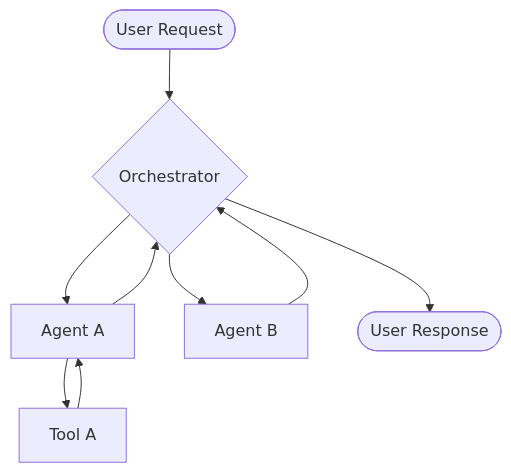
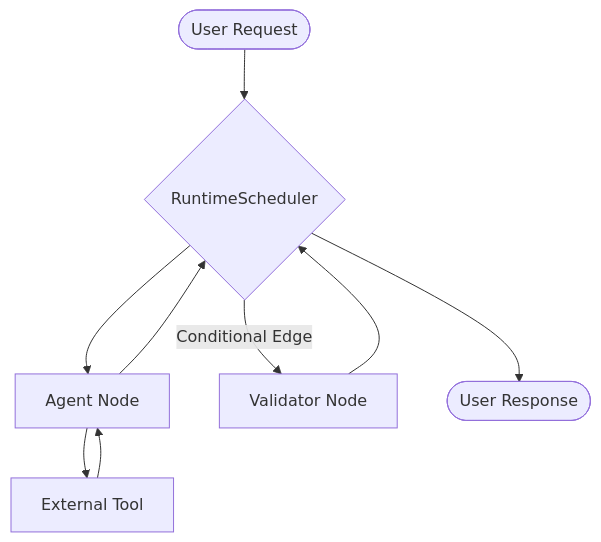
Before and after one commit to YaoChuDoSomething/Arkhon-Rheo: the diagram in docs/architecture.md, drawn with Mermaid. The commit also changed other lines of this file and 8 other files, not shown here.

Commit message:
feat(core): complete industrial-grade architectural refactor and Phase 4 release

````diff
--- a/docs/architecture.md
+++ b/docs/architecture.md
@@ -21,11 +25,11 @@
 ```mermaid
 graph TD
-    User([User Request]) --> Orchestrator{Orchestrator}
-    Orchestrator --> AgentA[Agent A]
-    AgentA --> ToolA[Tool A]
-    ToolA --> AgentA
-    AgentA --> Orchestrator
-    Orchestrator --> AgentB[Agent B]
-    AgentB --> Orchestrator
-    Orchestrator --> Response([User Response])
+    User([User Request]) --> Scheduler{RuntimeScheduler}
+    Scheduler --> NodeA[Agent Node]
+    NodeA --> ToolA[External Tool]
+    ToolA --> NodeA
+    NodeA --> Scheduler
+    Scheduler -- Conditional Edge --> NodeB[Validator Node]
+    NodeB --> Scheduler
+    Scheduler --> Response([User Response])
 ```
````
